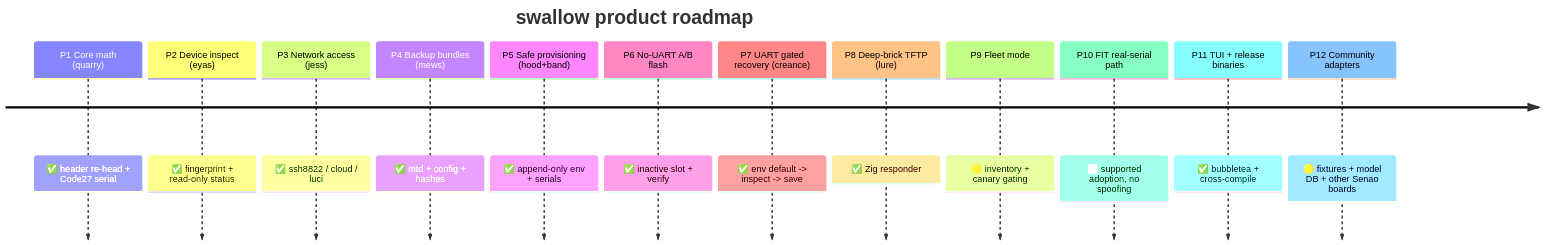
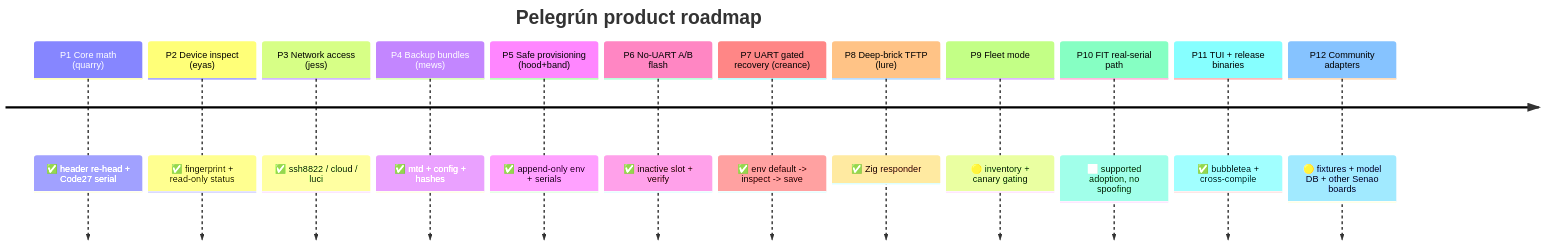
The second of 2 diagrams in ROADMAP.md (ParkWardRR/pelegrun-ap-hk07-firmware-tools), drawn with Mermaid before and after one commit. The commit also changed other lines of this file and 50 other files, not shown here.

First line of the commit message:
refactor: rename project swallow → Pelegrún

````diff
--- a/ROADMAP.md
+++ b/ROADMAP.md
@@ -67,16 +67,16 @@
 ```mermaid
 timeline
-    title swallow product roadmap
+    title Pelegrún product roadmap
     P1 Core math (quarry) : ✅ header re-head + Code27 serial
     P2 Device inspect (eyas) : ✅ fingerprint + read-only status
     P3 Network access (jess) : ✅ ssh8822 / cloud / luci
     P4 Backup bundles (mews) : ✅ mtd + config + hashes
     P5 Safe provisioning (hood+band) : ✅ append-only env + serials
     P6 No-UART A/B flash : ✅ inactive slot + verify
     P7 UART gated recovery (creance) : ✅ env default -> inspect -> save
     P8 Deep-brick TFTP (lure) : ✅ Zig responder
     P9 Fleet mode : 🟡 inventory + canary gating
     P10 FIT real-serial path : ⬜ supported adoption, no spoofing
     P11 TUI + release binaries : ✅ bubbletea + cross-compile
     P12 Community adapters : 🟡 fixtures + model DB + other Senao boards
 ```
````
